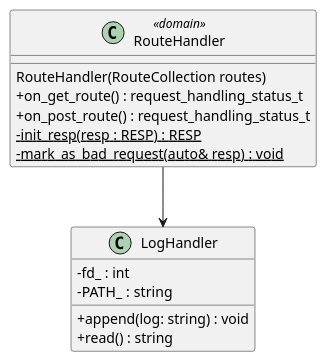
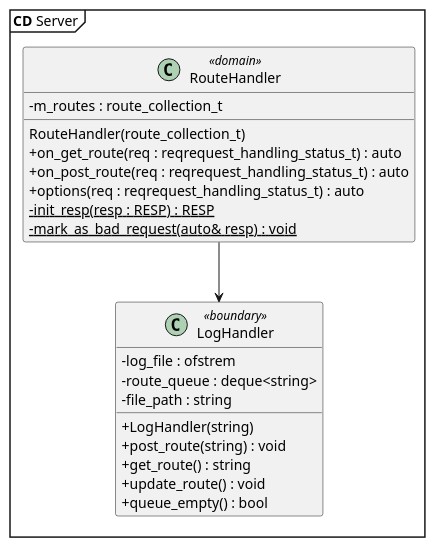
One commit to lineklemensen/PRJ3 changed the diagram in docs/diagrams/Plantuml/apModel/server_classes.puml. Above: the diagram before and after it, drawn with PlantUML. The commit also changed 6 other files, not shown here.

```diff
--- a/docs/diagrams/Plantuml/apModel/server_classes.puml
+++ b/docs/diagrams/Plantuml/apModel/server_classes.puml
@@ -1,31 +1,40 @@
 @startuml ServerClasses
+mainframe **CD** Server
 
 skinparam {
     packageStyle rectangle
     Linetype ortho
     ClassAttributeIconSize 0
 }
 
 class "RouteHandler" as h <<domain>>
 {
-    RouteHandler(RouteCollection routes)
-    + on_get_route() : request_handling_status_t
-    + on_post_route() : request_handling_status_t
+    RouteHandler(route_collection_t)
+    + on_get_route(req : reqrequest_handling_status_t) : auto
+    + on_post_route(req : reqrequest_handling_status_t) : auto
+    + options(req : reqrequest_handling_status_t) : auto
+    - m_routes : route_collection_t
     -{static}init_resp(resp : RESP) : RESP
     -{static}mark_as_bad_request(auto& resp) : void
+
+
 }
 
-class "LogHandler" as l
+class "LogHandler" as l <<boundary>>
 {
-    + append(log: string) : void
-    + read() : string
-    - fd_ : int
-    - PATH_ : string
+    + LogHandler(string)
+    + post_route(string) : void
+    + get_route() : string
+    + update_route() : void
+    + queue_empty() : bool
+    - log_file : ofstrem
+    - route_queue : deque<string>
+    - file_path : string
 }
 
 
 
 
 h --> l
 
 @enduml
```
